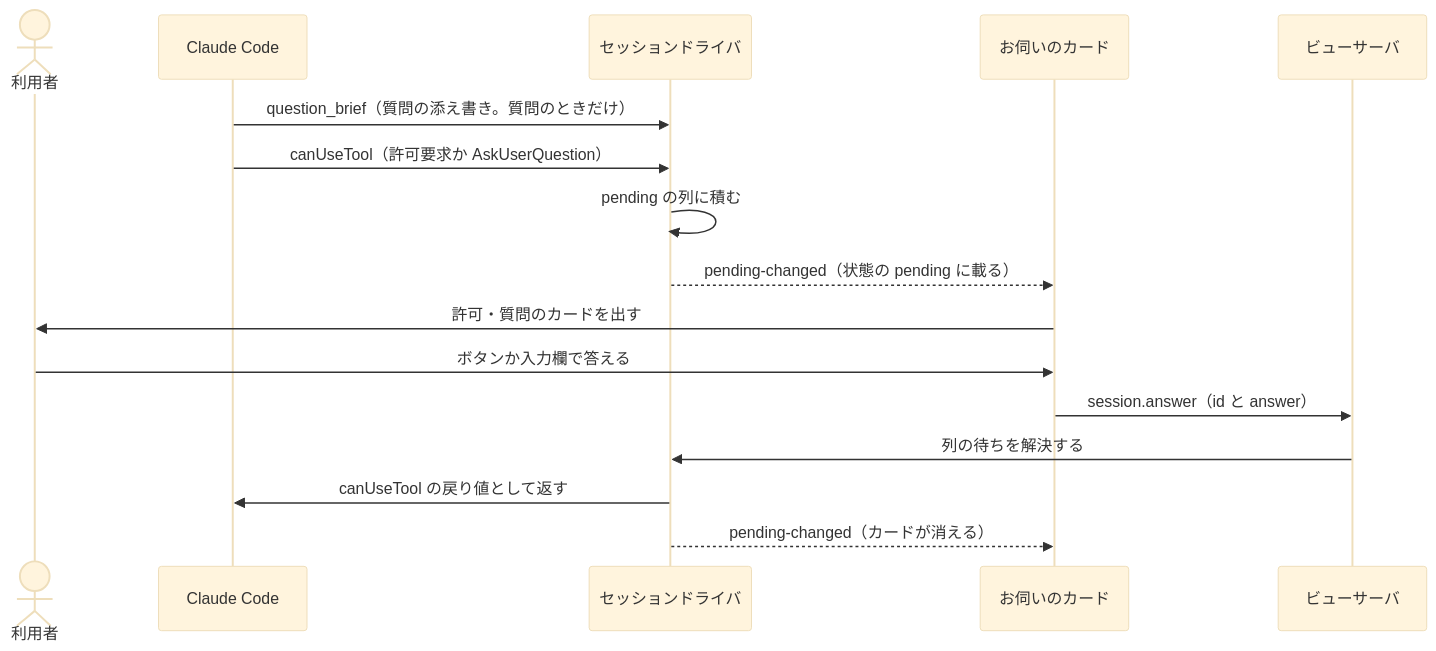
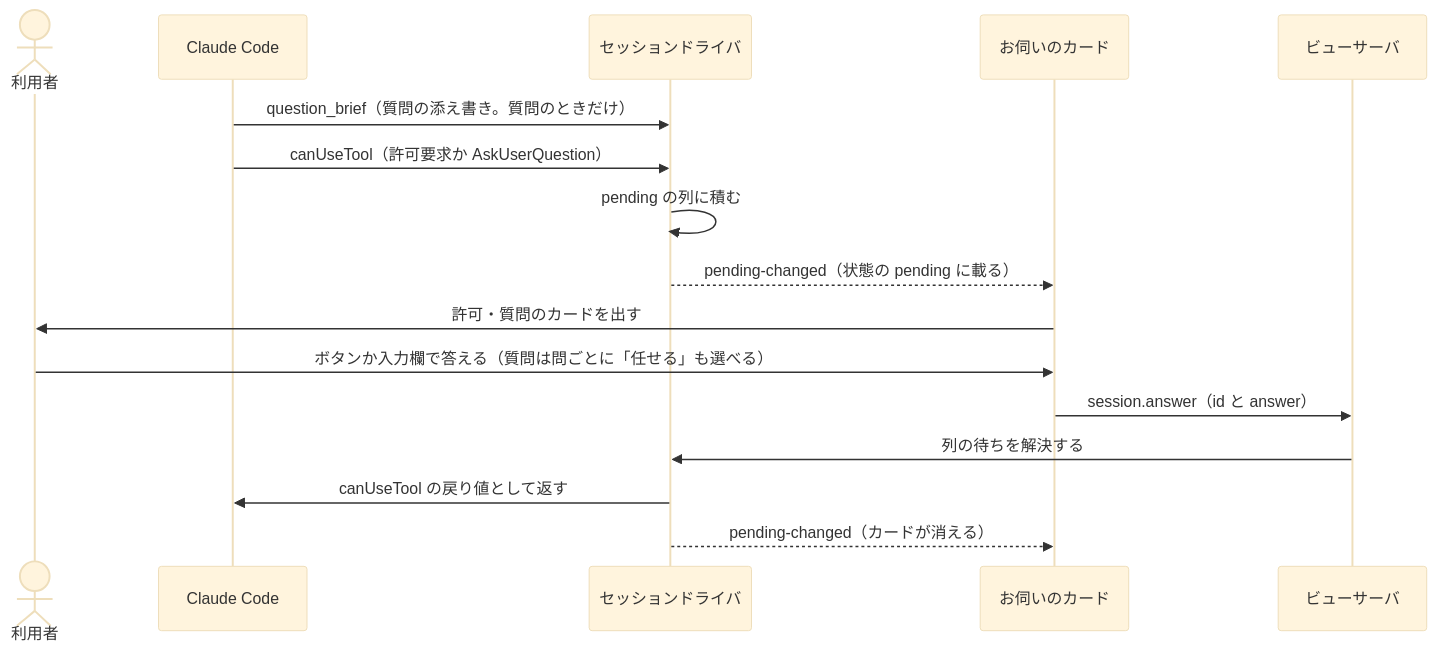
The third of 4 diagrams in docs/guide/flow-conversation.md (sinnlosses/tsukumo), drawn with Mermaid (base theme) before and after one commit. The commit also changed 39 other files, not shown here.

````diff
--- a/docs/guide/flow-conversation.md
+++ b/docs/guide/flow-conversation.md
@@ -79,18 +79,18 @@
 ```mermaid
 sequenceDiagram
   actor user as 利用者
   participant claude as Claude Code
   participant driver as セッションドライバ
   participant card as お伺いのカード
   participant server as ビューサーバ
   claude->>driver: question_brief（質問の添え書き。質問のときだけ）
   claude->>driver: canUseTool（許可要求か AskUserQuestion）
   driver->>driver: pending の列に積む
   driver-->>card: pending-changed（状態の pending に載る）
   card->>user: 許可・質問のカードを出す
-  user->>card: ボタンか入力欄で答える
+  user->>card: ボタンか入力欄で答える（質問は問ごとに「任せる」も選べる）
   card->>server: session.answer（id と answer）
   server->>driver: 列の待ちを解決する
   driver->>claude: canUseTool の戻り値として返す
   driver-->>card: pending-changed（カードが消える）
 ```
````
